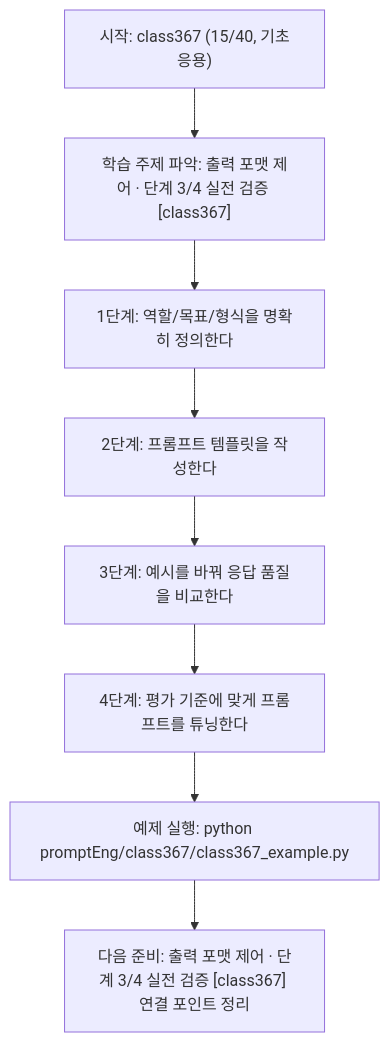
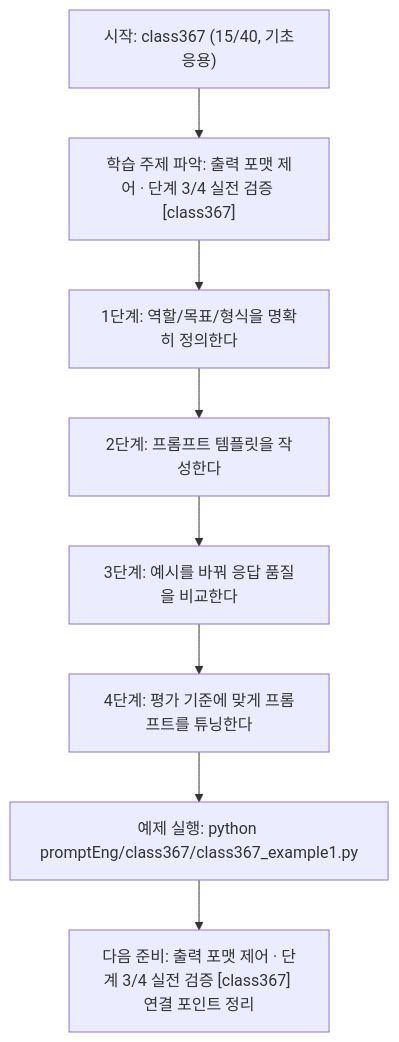
Before and after one commit to edumgt/Python-AI_Agent-Class: the diagram in promptEng/class367/class367.md, drawn with Mermaid. The commit also changed other lines of this file and 2959 other files, not shown here.

````diff
--- a/promptEng/class367/class367.md
+++ b/promptEng/class367/class367.md
@@ -110,18 +110,18 @@
 ```mermaid
 flowchart TD
 N1["시작: class367 (15/40, 기초응용)"]
 N2["학습 주제 파악: 출력 포맷 제어 · 단계 3/4 실전 검증 [class367]"]
 N3["1단계: 역할/목표/형식을 명확히 정의한다"]
 N4["2단계: 프롬프트 템플릿을 작성한다"]
 N5["3단계: 예시를 바꿔 응답 품질을 비교한다"]
 N6["4단계: 평가 기준에 맞게 프롬프트를 튜닝한다"]
-N7["예제 실행: python promptEng/class367/class367_example.py"]
+N7["예제 실행: python promptEng/class367/class367_example1.py"]
 N8["다음 준비: 출력 포맷 제어 · 단계 3/4 실전 검증 [class367] 연결 포인트 정리"]
 N1 --> N2
 N2 --> N3
 N3 --> N4
 N4 --> N5
 N5 --> N6
 N6 --> N7
 N7 --> N8
 ```
````
